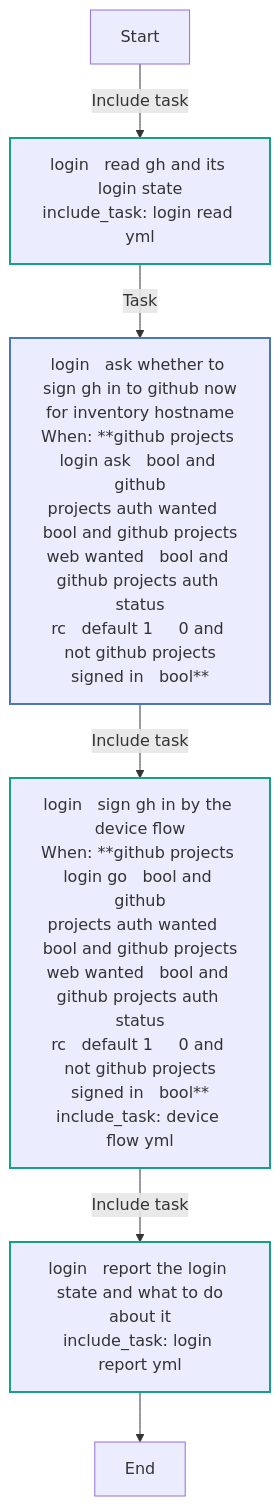
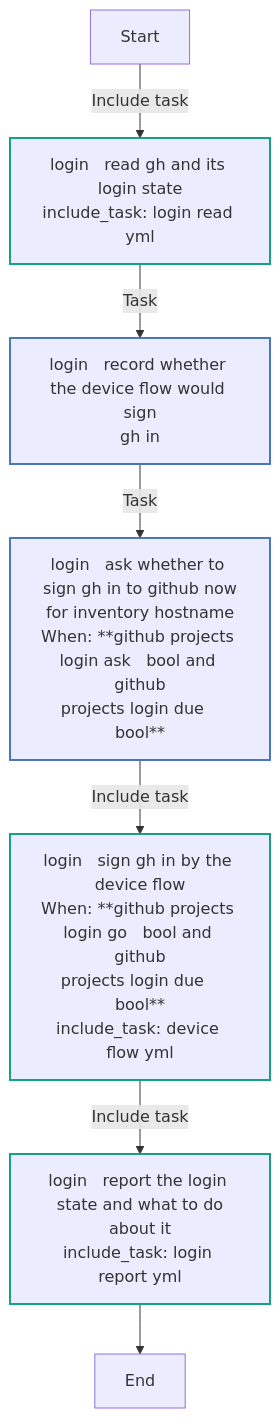
One commit to kawadeomkar/claude-on-proxmox changed the sixth of 10 diagrams in docs/reference/roles/github_projects.md. Above: the diagram before and after it, drawn with Mermaid. The commit also changed other lines of this file and 20 other files, not shown here.

````diff
--- a/docs/reference/roles/github_projects.md
+++ b/docs/reference/roles/github_projects.md
@@ -370,18 +371,19 @@
 ```mermaid
 flowchart TD
 Start
 classDef block stroke:#3498db,stroke-width:2px;
 classDef task stroke:#4b76bb,stroke-width:2px;
 classDef includeTasks stroke:#16a085,stroke-width:2px;
 classDef importTasks stroke:#34495e,stroke-width:2px;
 classDef includeRole stroke:#2980b9,stroke-width:2px;
 classDef importRole stroke:#699ba7,stroke-width:2px;
 classDef includeVars stroke:#8e44ad,stroke-width:2px;
 classDef rescue stroke:#665352,stroke-width:2px;
 
   Start-->|Include task| login___Read_gh_and_its_login_state_login_read_yml_0[login   read gh and its login state<br>include_task: login read yml]:::includeTasks
-  login___Read_gh_and_its_login_state_login_read_yml_0-->|Task| login___Ask_whether_to_sign_gh_in_to_GitHub_now_for_inventory_hostname1[login   ask whether to sign gh in to github now<br>for inventory hostname<br>When: **github projects login ask   bool and github<br>projects auth wanted   bool and github projects<br>web wanted   bool and github projects auth status<br>rc   default 1     0 and not github projects<br>signed in   bool**]:::task
-  login___Ask_whether_to_sign_gh_in_to_GitHub_now_for_inventory_hostname1-->|Include task| login___Sign_gh_in_by_the_device_flow_device_flow_yml_2[login   sign gh in by the device flow<br>When: **github projects login go   bool and github<br>projects auth wanted   bool and github projects<br>web wanted   bool and github projects auth status<br>rc   default 1     0 and not github projects<br>signed in   bool**<br>include_task: device flow yml]:::includeTasks
-  login___Sign_gh_in_by_the_device_flow_device_flow_yml_2-->|Include task| login___Report_the_login_state_and_what_to_do_about_it_login_report_yml_3[login   report the login state and what to do<br>about it<br>include_task: login report yml]:::includeTasks
-  login___Report_the_login_state_and_what_to_do_about_it_login_report_yml_3-->End
+  login___Read_gh_and_its_login_state_login_read_yml_0-->|Task| login___Record_whether_the_device_flow_would_sign_gh_in1[login   record whether the device flow would sign<br>gh in]:::task
+  login___Record_whether_the_device_flow_would_sign_gh_in1-->|Task| login___Ask_whether_to_sign_gh_in_to_GitHub_now_for_inventory_hostname2[login   ask whether to sign gh in to github now<br>for inventory hostname<br>When: **github projects login ask   bool and github<br>projects login due   bool**]:::task
+  login___Ask_whether_to_sign_gh_in_to_GitHub_now_for_inventory_hostname2-->|Include task| login___Sign_gh_in_by_the_device_flow_device_flow_yml_3[login   sign gh in by the device flow<br>When: **github projects login go   bool and github<br>projects login due   bool**<br>include_task: device flow yml]:::includeTasks
+  login___Sign_gh_in_by_the_device_flow_device_flow_yml_3-->|Include task| login___Report_the_login_state_and_what_to_do_about_it_login_report_yml_4[login   report the login state and what to do<br>about it<br>include_task: login report yml]:::includeTasks
+  login___Report_the_login_state_and_what_to_do_about_it_login_report_yml_4-->End
 ```
````
